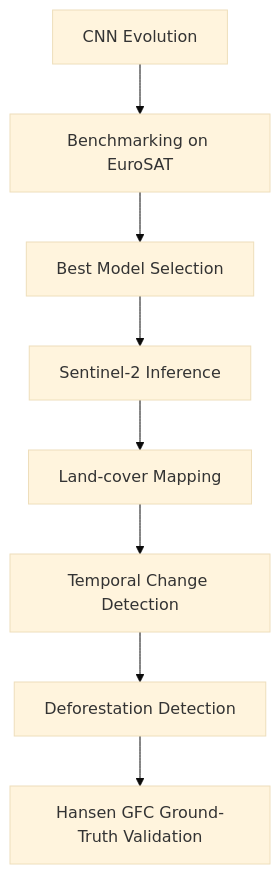
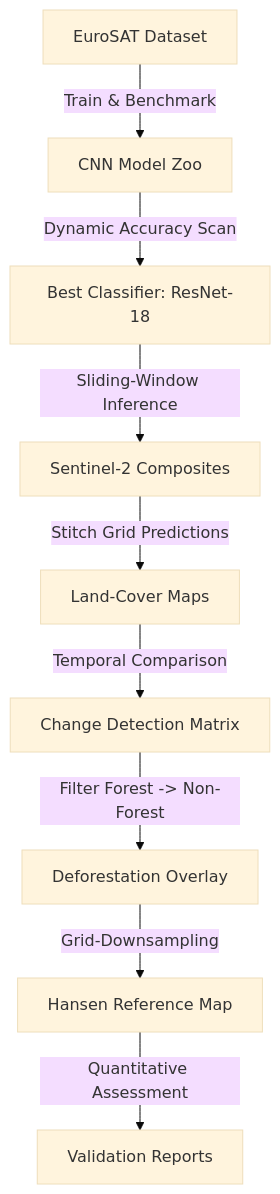
The diagram in README.md (Nishchalam/Deforestation-detection), drawn with Mermaid (base theme) before and after one commit. The commit also changed other lines of this file and 3 other files, not shown here.

````diff
--- a/README.md
+++ b/README.md
@@ -48,10 +13,11 @@
 ```mermaid
 graph TD
-    A[CNN Evolution] --> B[Benchmarking on EuroSAT]
-    B --> C[Best Model Selection]
-    C --> D[Sentinel-2 Inference]
-    D --> E[Land-cover Mapping]
-    E --> F[Temporal Change Detection]
-    F --> G[Deforestation Detection]
-    G --> H[Hansen GFC Ground-Truth Validation]
+    A[EuroSAT Dataset] -->|Train & Benchmark| B[CNN Model Zoo]
+    B -->|Dynamic Accuracy Scan| C[Best Classifier: ResNet-18]
+    C -->|Sliding-Window Inference| D[Sentinel-2 Composites]
+    D -->|Stitch Grid Predictions| E[Land-Cover Maps]
+    E -->|Temporal Comparison| F[Change Detection Matrix]
+    F -->|Filter Forest -> Non-Forest| G[Deforestation Overlay]
+    G -->|Grid-Downsampling| H[Hansen Reference Map]
+    H -->|Quantitative Assessment| I[Validation Reports]
 ```
````
